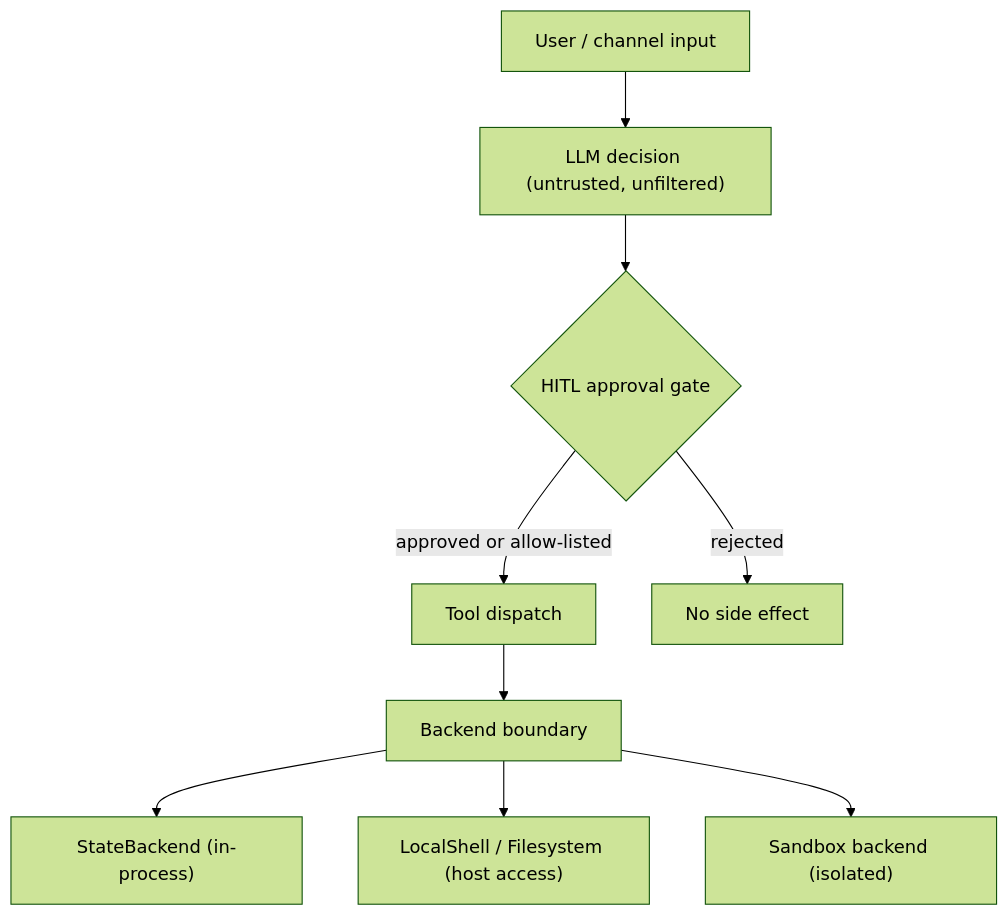
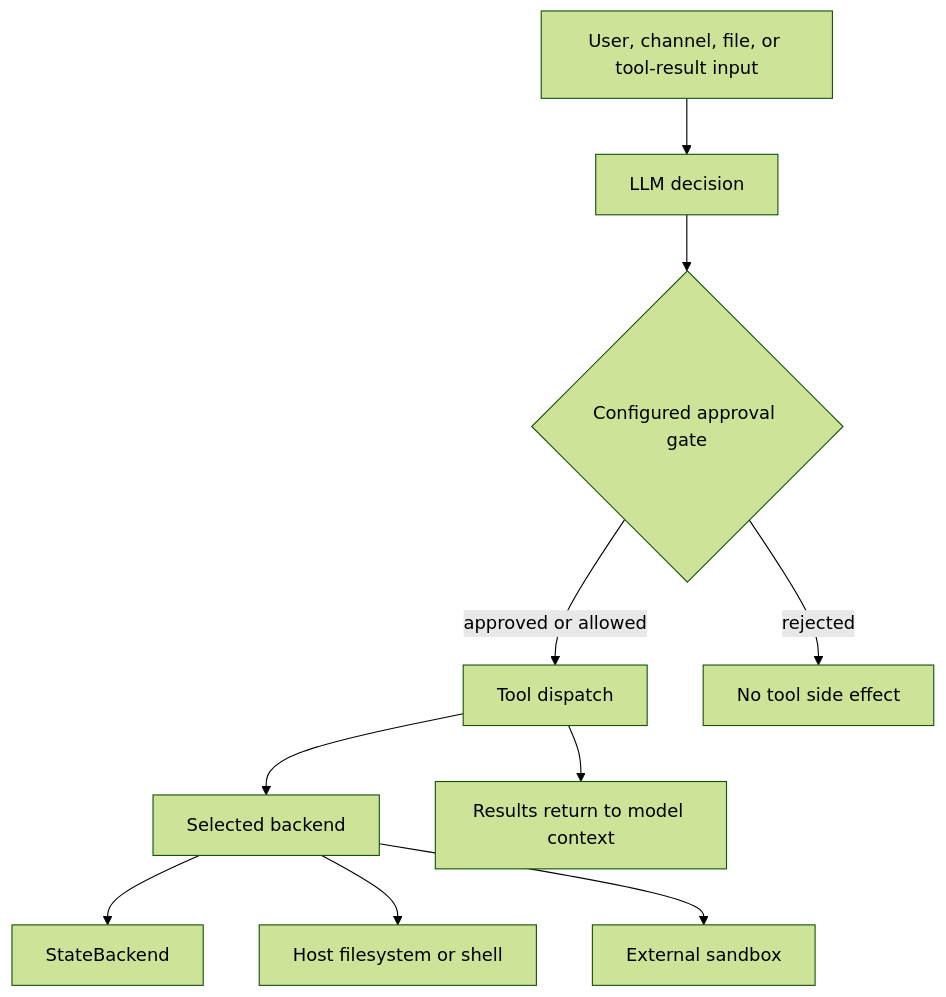
One commit to langchain-ai/deepagents changed the diagram in openwiki/operations/security.md. Above: the diagram before and after it, drawn with Mermaid (forest theme). The commit also changed other lines of this file and 63 other files, not shown here.

````diff
--- a/openwiki/operations/security.md
+++ b/openwiki/operations/security.md
@@ -48,11 +35,12 @@
 ```mermaid
 flowchart TD
-    U["User / channel input"] --> LLM["LLM decision (untrusted, unfiltered)"]
-    LLM --> HITL{"HITL approval gate"}
-    HITL -->|approved or allow-listed| TOOL["Tool dispatch"]
-    HITL -->|rejected| STOP["No side effect"]
-    TOOL --> BE["Backend boundary"]
-    BE --> STATE["StateBackend (in-process)"]
-    BE --> LOCAL["LocalShell / Filesystem (host access)"]
-    BE --> SANDBOX["Sandbox backend (isolated)"]
+    Input["User, channel, file, or tool-result input"] --> Model["LLM decision"]
+    Model --> Gate{"Configured approval gate"}
+    Gate -->|approved or allowed| Tools["Tool dispatch"]
+    Gate -->|rejected| Stop["No tool side effect"]
+    Tools --> Backend["Selected backend"]
+    Backend --> State["StateBackend"]
+    Backend --> Host["Host filesystem or shell"]
+    Backend --> Sandbox["External sandbox"]
+    Tools --> Context["Results return to model context"]
 ```
````
